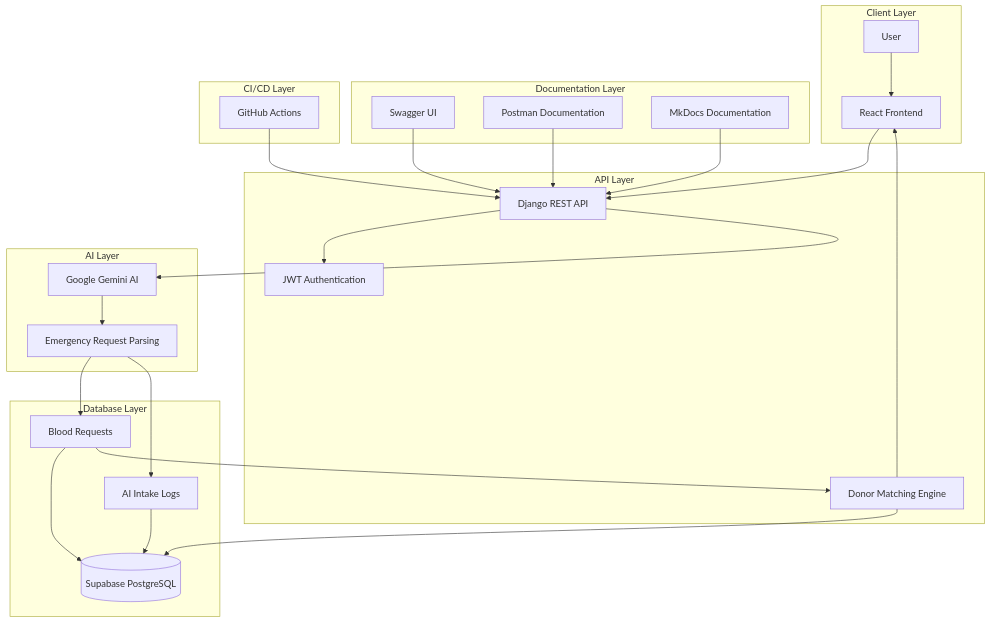
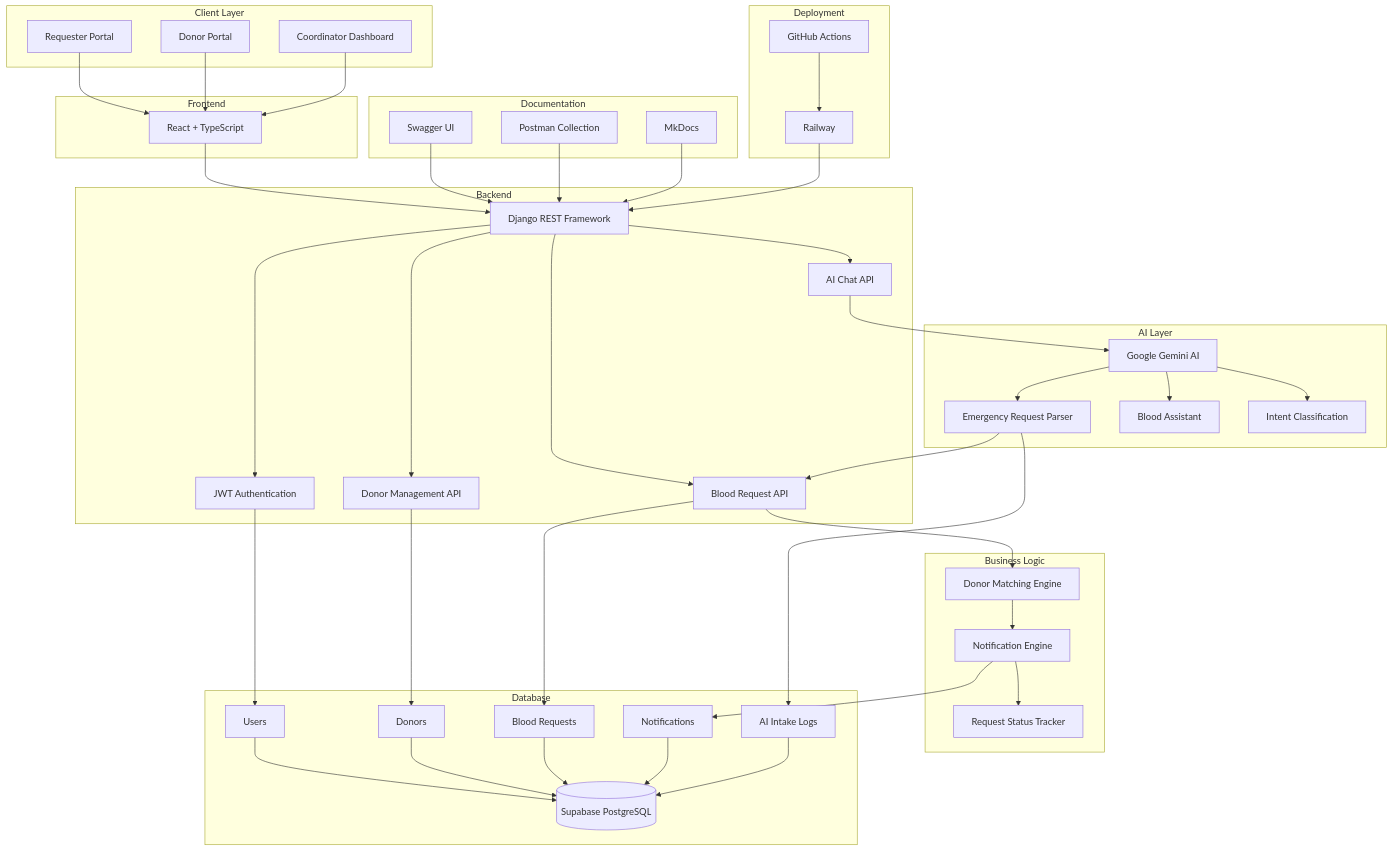
Before and after one commit to fathima-rinsha-k745/LifeLink-AI: the diagram in docs/architecture.md, drawn with Mermaid. The commit also changed other lines of this file and 1 other file, not shown here.

````diff
--- a/docs/architecture.md
+++ b/docs/architecture.md
@@ -10,52 +12,94 @@
 flowchart TD
 
     subgraph Client Layer
-        A[User]
-        B[React Frontend]
+        A[Requester Portal]
+        B[Donor Portal]
+        C[Coordinator Dashboard]
     end
 
-    subgraph API Layer
-        C[Django REST API]
-        D[JWT Authentication]
-        K[Donor Matching Engine]
+    subgraph Frontend
+        D[React + TypeScript]
+    end
+
+    subgraph Backend
+        E[Django REST Framework]
+        F[JWT Authentication]
+        G[AI Chat API]
+        H[Blood Request API]
+        I[Donor Management API]
     end
 
     subgraph AI Layer
-        E[Google Gemini AI]
-        F[Emergency Request Parsing]
+        J[Google Gemini AI]
+        K[Emergency Request Parser]
+        L[Blood Assistant]
+        M[Intent Classification]
     end
 
-    subgraph Database Layer
-        G[Blood Requests]
-        H[AI Intake Logs]
-        I[(Supabase PostgreSQL)]
+    subgraph Business Logic
+        N[Donor Matching Engine]
+        O[Notification Engine]
+        P[Request Status Tracker]
     end
 
-    subgraph Documentation Layer
-        J[Swagger UI]
-        L[Postman Documentation]
-        M[MkDocs Documentation]
+    subgraph Database
+        Q[(Supabase PostgreSQL)]
+        R[Users]
+        S[Donors]
+        T[Blood Requests]
+        U[Notifications]
+        V[AI Intake Logs]
     end
 
-    subgraph CI/CD Layer
-        N[GitHub Actions]
+    subgraph Documentation
+        W[Swagger UI]
+        X[Postman Collection]
+        Y[MkDocs]
     end
 
-    A --> B
-    B --> C
+    subgraph Deployment
+        Z[Railway]
+        AA[GitHub Actions]
+    end
+
+    A --> D
+    B --> D
     C --> D
-    C --> E
+
+    D --> E
+
     E --> F
-    F --> G
-    G --> I
-    F --> H
-    H --> I
-    G --> K
-    K --> I
-    K --> B
+    E --> G
+    E --> H
+    E --> I
 
-    J --> C
-    L --> C
-    M --> C
-    N --> C
+    G --> J
+    J --> K
+    J --> L
+    J --> M
+
+    K --> H
+    H --> N
+
+    N --> O
+    O --> P
+
+    H --> T
+    I --> S
+    F --> R
+    O --> U
+    K --> V
+
+    R --> Q
+    S --> Q
+    T --> Q
+    U --> Q
+    V --> Q
+
+    W --> E
+    X --> E
+    Y --> E
+
+    AA --> Z
+    Z --> E
 ```
````
